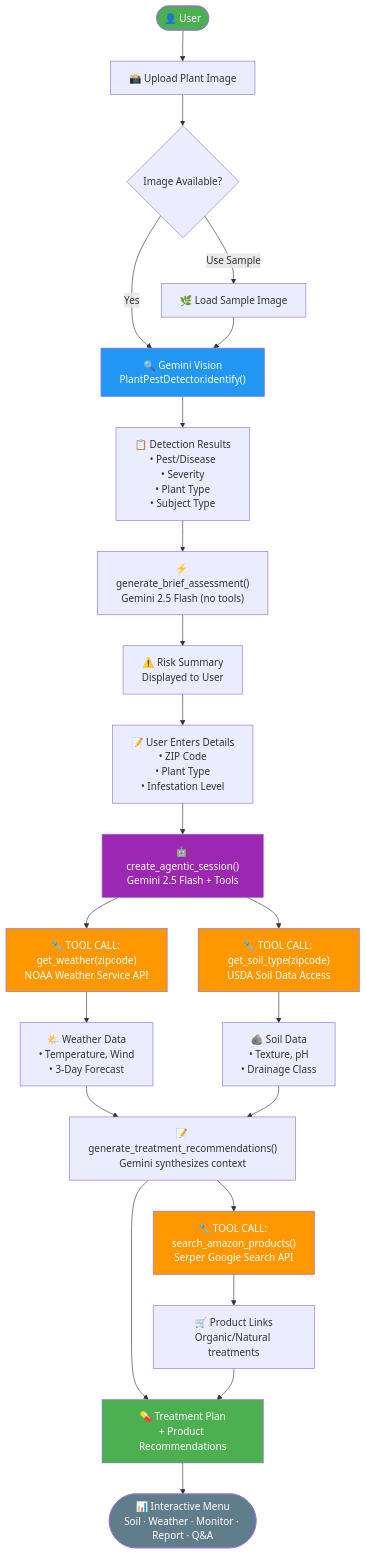
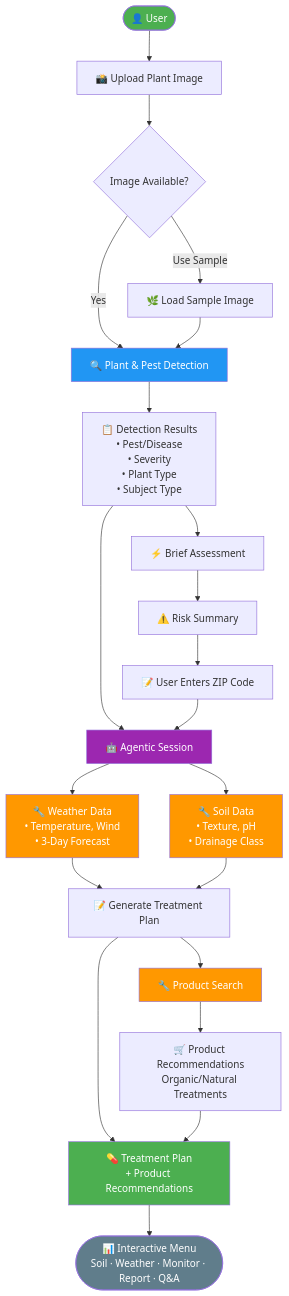
The diagram in workflow/01_agentic_detection_flow.md (mohitagr18/ch-9-plant-doctor), drawn with Mermaid before and after one commit.

Commit message:
Refactor flowchart for plant detection process

````diff
--- a/workflow/01_agentic_detection_flow.md
+++ b/workflow/01_agentic_detection_flow.md
@@ -7,40 +7,39 @@
 ```mermaid
 flowchart TD
     A(["👤 User"]) --> B["📸 Upload Plant Image"]
     B --> C{"Image Available?"}
-    C -- Yes --> D["🔍 Gemini Vision\nPlantPestDetector.identify()"]
+    C -- Yes --> D["🔍 Plant & Pest Detection"]
     C -- "Use Sample" --> E["🌿 Load Sample Image"]
     E --> D
 
     D --> F["📋 Detection Results\n• Pest/Disease\n• Severity\n• Plant Type\n• Subject Type"]
-    F --> G["⚡ generate_brief_assessment()\nGemini 2.5 Flash (no tools)"]
-    G --> H["⚠️ Risk Summary\nDisplayed to User"]
+    F --> G["⚡ Brief Assessment"]
+    G --> H["⚠️ Risk Summary"]
 
-    H --> I["📝 User Enters Details\n• ZIP Code\n• Plant Type\n• Infestation Level"]
-    I --> J["🤖 create_agentic_session()\nGemini 2.5 Flash + Tools"]
+    H --> I["📝 User Enters ZIP Code"]
+    F --> J["🤖 Agentic Session"]
+    I --> J
 
-    J --> K["🔧 TOOL CALL: get_weather(zipcode)\nNOAA Weather Service API"]
-    J --> L["🔧 TOOL CALL: get_soil_type(zipcode)\nUSDA Soil Data Access"]
-    K --> M["🌤️ Weather Data\n• Temperature, Wind\n• 3-Day Forecast"]
-    L --> N["🪨 Soil Data\n• Texture, pH\n• Drainage Class"]
+    J --> K["🔧 Weather Data\n• Temperature, Wind\n• 3-Day Forecast"]
+    J --> L["🔧 Soil Data\n• Texture, pH\n• Drainage Class"]
 
-    M --> O["📝 generate_treatment_recommendations()\nGemini synthesizes context"]
-    N --> O
+    K --> O["📝 Generate Treatment Plan"]
+    L --> O
 
-    O --> P["🔧 TOOL CALL: search_amazon_products()\nSerper Google Search API"]
-    P --> Q["🛒 Product Links\nOrganic/Natural treatments"]
+    O --> P["🔧 Product Search"]
+    P --> Q["🛒 Product Recommendations\nOrganic/Natural Treatments"]
 
     O --> R["💊 Treatment Plan\n+ Product Recommendations"]
     Q --> R
 
     R --> S(["📊 Interactive Menu\nSoil · Weather · Monitor · Report · Q&A"])
 
     style A fill:#4CAF50,color:#fff
     style D fill:#2196F3,color:#fff
     style J fill:#9C27B0,color:#fff
     style K fill:#FF9800,color:#fff
     style L fill:#FF9800,color:#fff
     style P fill:#FF9800,color:#fff
     style R fill:#4CAF50,color:#fff
     style S fill:#607D8B,color:#fff
 ```
````
